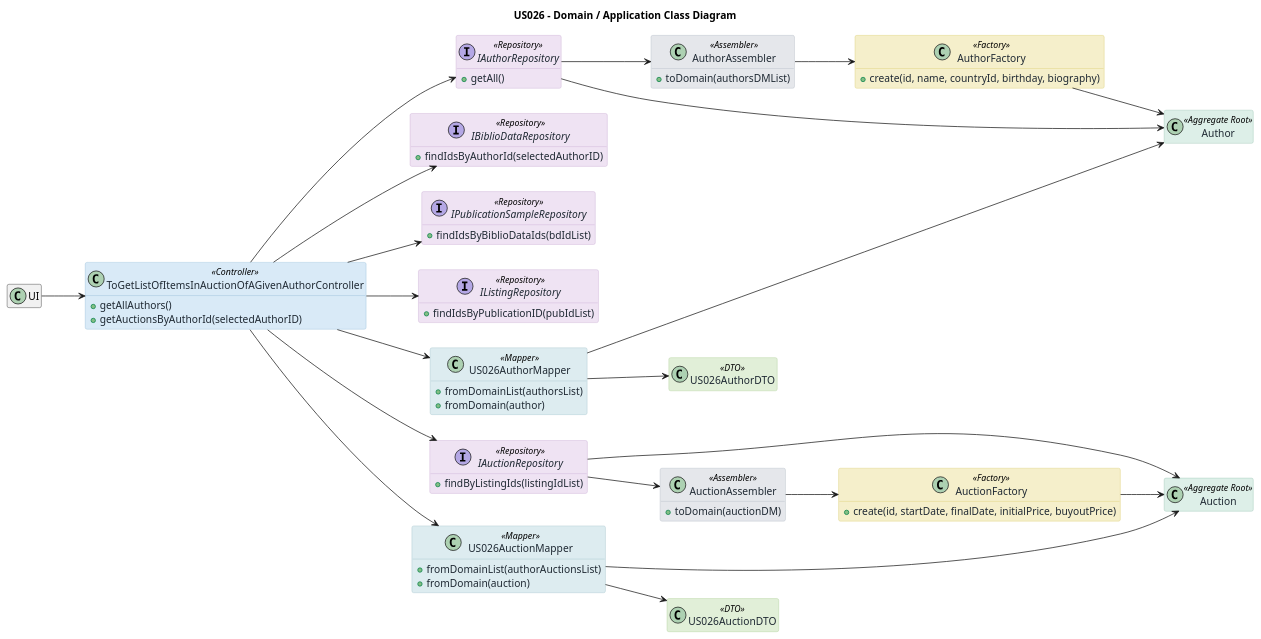
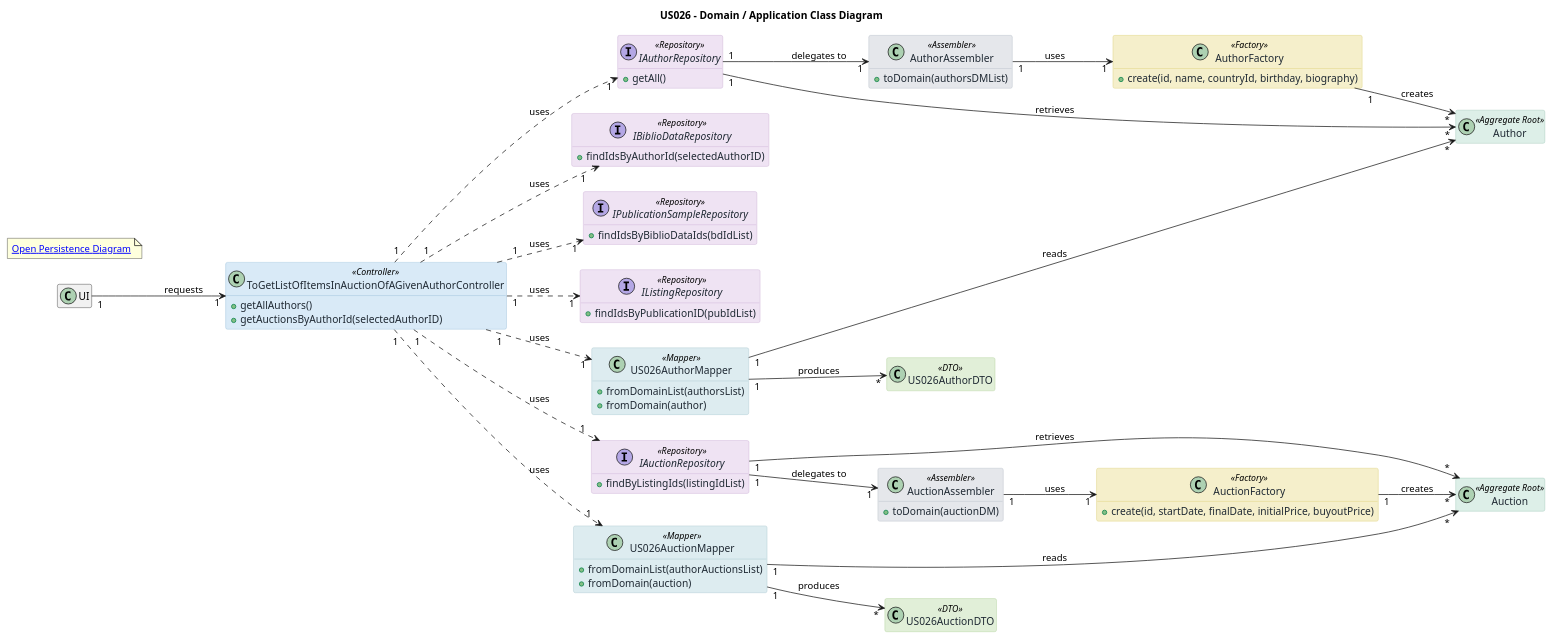
The diagram in Diagrams/ClassDiagrams/To-get-list-of-items-in-auction-of-a-given-Author/Main-Application-Domain.puml (AndrePereiraGitH/SWitCH-Project-Team_A), drawn with PlantUML before and after one commit. The commit also changed 2 other files, not shown here.

```diff
--- a/Diagrams/ClassDiagrams/To-get-list-of-items-in-auction-of-a-given-Author/Main-Application-Domain.puml
+++ b/Diagrams/ClassDiagrams/To-get-list-of-items-in-auction-of-a-given-Author/Main-Application-Domain.puml
@@ -1,160 +1,162 @@
 @startuml
 title US026 - Domain / Application Class Diagram
 
 left to right direction
 skinparam classAttributeIconSize 10
 hide empty members
 
 skinparam class {
   BackgroundColor<<Controller>> #D9EAF7
   BorderColor<<Controller>> #8FB6D6
   FontColor<<Controller>> #1F2933
   AttributeFontColor<<Controller>> #1F2933
   MethodFontColor<<Controller>> #1F2933
 
   BackgroundColor<<Service>> #E3ECFA
   BorderColor<<Service>> #9DB5DD
   FontColor<<Service>> #1F2933
   AttributeFontColor<<Service>> #1F2933
   MethodFontColor<<Service>> #1F2933
 
   BackgroundColor<<Aggregate Root>> #DDEFE8
   BorderColor<<Aggregate Root>> #94BFAE
   FontColor<<Aggregate Root>> #1F2933
   AttributeFontColor<<Aggregate Root>> #1F2933
   MethodFontColor<<Aggregate Root>> #1F2933
 
   BackgroundColor<<Repository>> #EFE3F3
   BorderColor<<Repository>> #C5A7CF
   FontColor<<Repository>> #1F2933
   AttributeFontColor<<Repository>> #1F2933
   MethodFontColor<<Repository>> #1F2933
 
   BackgroundColor<<JPA Repository>> #F3E8D9
   BorderColor<<JPA Repository>> #D2B48C
   FontColor<<JPA Repository>> #1F2933
   AttributeFontColor<<JPA Repository>> #1F2933
   MethodFontColor<<JPA Repository>> #1F2933
 
   BackgroundColor<<Assembler>> #E5E7EB
   BorderColor<<Assembler>> #B0B7C3
   FontColor<<Assembler>> #1F2933
   AttributeFontColor<<Assembler>> #1F2933
   MethodFontColor<<Assembler>> #1F2933
 
   BackgroundColor<<Factory>> #F5EFCB
   BorderColor<<Factory>> #D8C96A
   FontColor<<Factory>> #1F2933
   AttributeFontColor<<Factory>> #1F2933
   MethodFontColor<<Factory>> #1F2933
 
   BackgroundColor<<Data Model>> #E6E0F0
   BorderColor<<Data Model>> #B8A8D1
   FontColor<<Data Model>> #1F2933
   AttributeFontColor<<Data Model>> #1F2933
   MethodFontColor<<Data Model>> #1F2933
 
   BackgroundColor<<DTO>> #E1EFD8
   BorderColor<<DTO>> #A7C98E
   FontColor<<DTO>> #1F2933
   AttributeFontColor<<DTO>> #1F2933
   MethodFontColor<<DTO>> #1F2933
 
   BackgroundColor<<Mapper>> #DDECF0
   BorderColor<<Mapper>> #9FBFC8
   FontColor<<Mapper>> #1F2933
   AttributeFontColor<<Mapper>> #1F2933
   MethodFontColor<<Mapper>> #1F2933
 }
 
 class UI
 
 class ToGetListOfItemsInAuctionOfAGivenAuthorController <<Controller>>{
   +getAllAuthors()
   +getAuctionsByAuthorId(selectedAuthorID)
 }
 
 interface IAuthorRepository <<Repository>>{
   +getAll()
 }
 
 interface IBiblioDataRepository <<Repository>>{
   +findIdsByAuthorId(selectedAuthorID)
 }
 
 interface IPublicationSampleRepository <<Repository>>{
   +findIdsByBiblioDataIds(bdIdList)
 }
 
 interface IListingRepository <<Repository>>{
   +findIdsByPublicationID(pubIdList)
 }
 
 interface IAuctionRepository <<Repository>>{
   +findByListingIds(listingIdList)
 }
 
 class AuthorAssembler <<Assembler>> {
   +toDomain(authorsDMList)
 }
 
 class AuctionAssembler <<Assembler>> {
   +toDomain(auctionDM)
 }
 
 class AuthorFactory <<Factory>>{
   +create(id, name, countryId, birthday, biography)
 }
 
 class AuctionFactory <<Factory>>{
   +create(id, startDate, finalDate, initialPrice, buyoutPrice)
 }
 
 class US026AuthorMapper <<Mapper>>{
   +fromDomainList(authorsList)
   +fromDomain(author)
 }
 
 class US026AuctionMapper <<Mapper>>{
   +fromDomainList(authorAuctionsList)
   +fromDomain(auction)
 }
 
 class US026AuthorDTO <<DTO>>
 class US026AuctionDTO <<DTO>>
 
 class Author <<Aggregate Root>>
 class Auction <<Aggregate Root>>
 
-
-UI --> ToGetListOfItemsInAuctionOfAGivenAuthorController
-
-ToGetListOfItemsInAuctionOfAGivenAuthorController --> IAuthorRepository
-ToGetListOfItemsInAuctionOfAGivenAuthorController --> IBiblioDataRepository
-ToGetListOfItemsInAuctionOfAGivenAuthorController --> IPublicationSampleRepository
-ToGetListOfItemsInAuctionOfAGivenAuthorController --> IListingRepository
-ToGetListOfItemsInAuctionOfAGivenAuthorController --> IAuctionRepository
-ToGetListOfItemsInAuctionOfAGivenAuthorController --> US026AuthorMapper
-ToGetListOfItemsInAuctionOfAGivenAuthorController --> US026AuctionMapper
-
-IAuthorRepository --> AuthorAssembler
-IAuthorRepository --> Author
-
-IAuctionRepository --> AuctionAssembler
-IAuctionRepository --> Auction
-
-AuthorAssembler --> AuthorFactory
-AuthorFactory --> Author
-
-AuctionAssembler --> AuctionFactory
-AuctionFactory --> Auction
-
-US026AuthorMapper --> Author
-US026AuthorMapper --> US026AuthorDTO
-
-US026AuctionMapper --> Auction
-US026AuctionMapper --> US026AuctionDTO
+note as PersistenceLink
+[[Persistence.puml Open Persistence Diagram]]
+end note
 
 
+UI "1" --> "1" ToGetListOfItemsInAuctionOfAGivenAuthorController : requests
+
+ToGetListOfItemsInAuctionOfAGivenAuthorController "1" ..> "1" IAuthorRepository : uses
+ToGetListOfItemsInAuctionOfAGivenAuthorController "1" ..> "1" IBiblioDataRepository : uses
+ToGetListOfItemsInAuctionOfAGivenAuthorController "1" ..> "1" IPublicationSampleRepository : uses
+ToGetListOfItemsInAuctionOfAGivenAuthorController "1" ..> "1" IListingRepository : uses
+ToGetListOfItemsInAuctionOfAGivenAuthorController "1" ..> "1" IAuctionRepository : uses
+ToGetListOfItemsInAuctionOfAGivenAuthorController "1" ..> "1" US026AuthorMapper : uses
+ToGetListOfItemsInAuctionOfAGivenAuthorController "1" ..> "1" US026AuctionMapper : uses
+
+IAuthorRepository "1" --> "1" AuthorAssembler : delegates to
+IAuthorRepository "1" --> "*" Author : retrieves
+
+IAuctionRepository "1" --> "1" AuctionAssembler : delegates to
+IAuctionRepository "1" --> "*" Auction : retrieves
+
+AuthorAssembler "1" --> "1" AuthorFactory : uses
+AuthorFactory "1" --> "*" Author : creates
+
+AuctionAssembler "1" --> "1" AuctionFactory : uses
+AuctionFactory "1" --> "*" Auction : creates
+
+US026AuthorMapper "1" --> "*" Author : reads
+US026AuthorMapper "1" --> "*" US026AuthorDTO : produces
+
+US026AuctionMapper "1" --> "*" Auction : reads
+US026AuctionMapper "1" --> "*" US026AuctionDTO : produces
 
 @enduml
```
